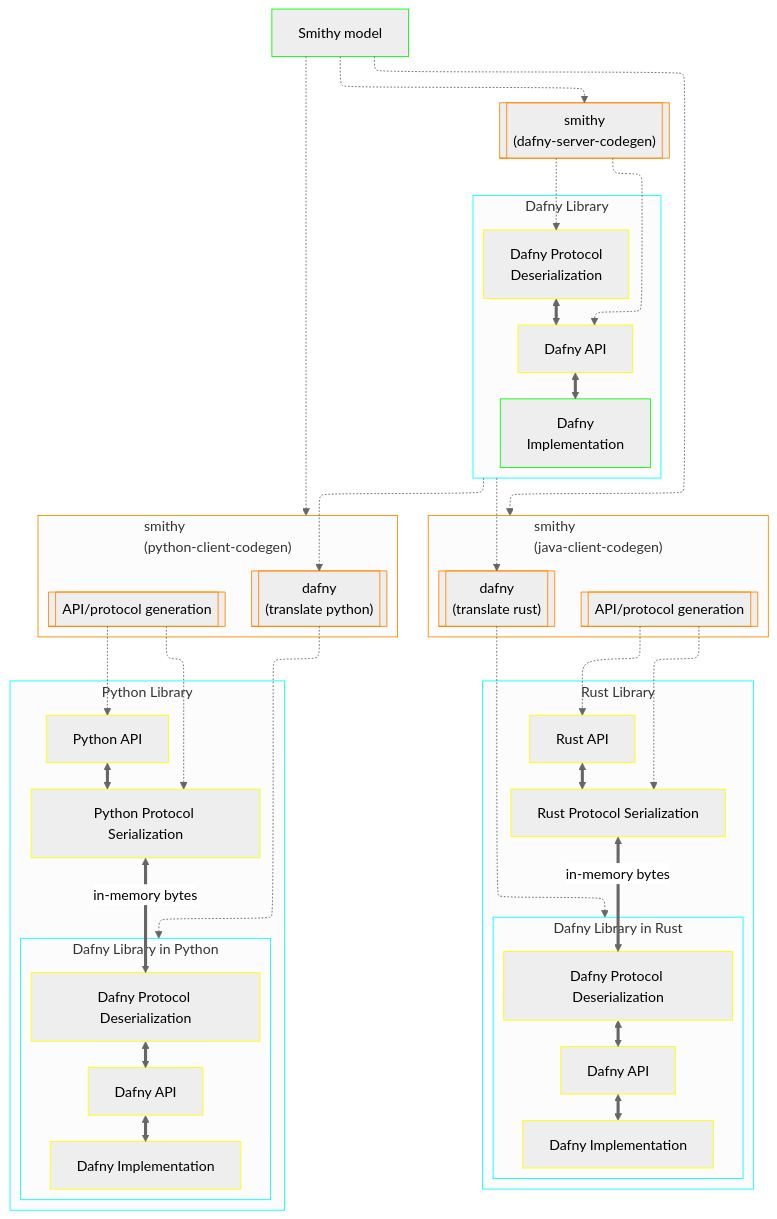
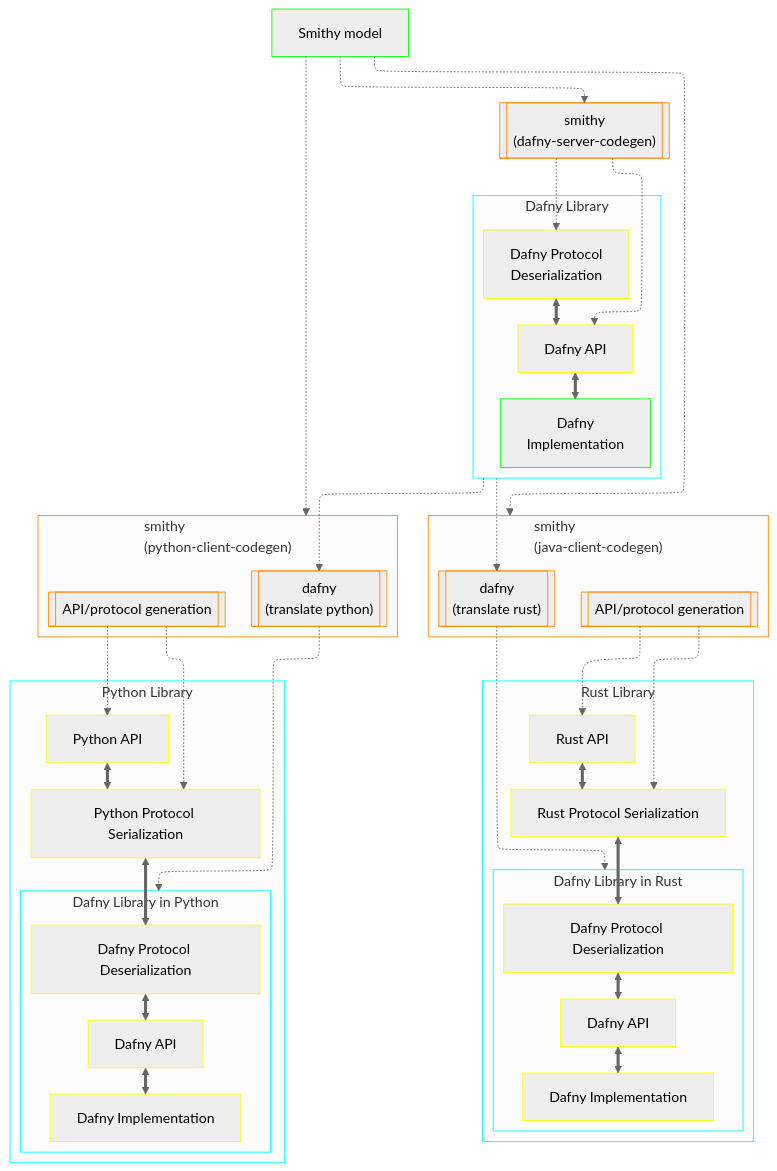
Before and after one commit to awslabs/smithy-dafny: the diagram in designs/polymorphing-dafny-to-java-cbor.md, drawn with Mermaid (neutral theme). The commit also changed 2 other files, not shown here.

````diff
--- a/designs/polymorphing-dafny-to-java-cbor.md
+++ b/designs/polymorphing-dafny-to-java-cbor.md
@@ -1,83 +1,83 @@
 ```mermaid
 %%{init: {"flowchart": {"defaultRenderer": "elk"}} }%%
 flowchart TB
     classDef Process stroke:#f80
     classDef Library stroke:#0ff
     classDef Authored stroke:#0f0
     classDef Generated stroke:#ff0
 
     SmithyModel["Smithy model"]:::Authored
 
     SmithySourceServerCodegen[["smithy
         (dafny-server-codegen)"]]:::Process
 
     subgraph SourceProject["Dafny Library"]
         SourceProtocolDeserialization["Dafny Protocol
         Deserialization"]:::Generated
         SourceAPI["Dafny API"]:::Generated
         SourceImpl["Dafny
         Implementation"]:::Authored
        
         SourceProtocolDeserialization <==> SourceAPI <==> SourceImpl
     end
     SourceProject:::Library
 
     SmithyModel -.-> SmithySourceServerCodegen -.-> SourceProtocolDeserialization & SourceAPI
 
     subgraph SmithyTargetClientCodegen["smithy 
                                     (java-client-codegen)"]
         SmithyTargetAPICodegen[["API/protocol generation"]]:::Process
 
         Compiler[["dafny
         (translate rust)"]]:::Process
     end
     SmithyTargetClientCodegen:::Process
 
     subgraph TargetProject["Rust Library"]
         TargetAPI["Rust API"]:::Generated
         TargetProtocolSerialization["Rust Protocol Serialization"]:::Generated
 
         subgraph SourceEmbeddedInTarget["Dafny Library in Rust"]
             SourceProtocolDeserializationInTarget["Dafny Protocol Deserialization"]:::Generated
             SourceAPIInTarget["Dafny API"]:::Generated
             SourceImplInTarget["Dafny Implementation"]:::Generated
         end
         SourceEmbeddedInTarget:::Library
 
-        TargetAPI <==> TargetProtocolSerialization <== in-memory bytes ==> SourceProtocolDeserializationInTarget <==> SourceAPIInTarget <==> SourceImplInTarget
+        TargetAPI <==> TargetProtocolSerialization <====> SourceProtocolDeserializationInTarget <==> SourceAPIInTarget <==> SourceImplInTarget
     end
     TargetProject:::Library
 
     SmithyModel -.-> SmithyTargetClientCodegen
     SmithyTargetAPICodegen -.-> TargetAPI & TargetProtocolSerialization
     SourceProject -.-> Compiler -.-> SourceEmbeddedInTarget
 
     subgraph SmithyTarget2ClientCodegen["smithy 
                                     (python-client-codegen)"]
         SmithyTarget2APICodegen[["API/protocol generation"]]:::Process
 
         Compiler2[["dafny
         (translate python)"]]:::Process
     end
     SmithyTarget2ClientCodegen:::Process
 
     subgraph Target2Project["Python Library"]
         Target2API["Python API"]:::Generated
         Target2ProtocolSerialization["Python Protocol Serialization"]:::Generated
             
         subgraph SourceEmbeddedInTarget2["Dafny Library in Python"]
             SourceProtocolDeserializationInTarget2["Dafny Protocol Deserialization"]:::Generated
             SourceAPIInTarget2["Dafny API"]:::Generated
             SourceImplInTarget2["Dafny Implementation"]:::Generated
         end
         SourceEmbeddedInTarget2:::Library
 
-        Target2API <==> Target2ProtocolSerialization <== in-memory bytes ==> SourceProtocolDeserializationInTarget2 <==> SourceAPIInTarget2 <==> SourceImplInTarget2
+        Target2API <==> Target2ProtocolSerialization <====> SourceProtocolDeserializationInTarget2 <==> SourceAPIInTarget2 <==> SourceImplInTarget2
     end
     Target2Project:::Library
 
     SmithyModel -.-> SmithyTarget2ClientCodegen
     SmithyTarget2APICodegen -.-> Target2API & Target2ProtocolSerialization
     SourceProject -.-> Compiler2 -.-> SourceEmbeddedInTarget2
 
 ```
````
